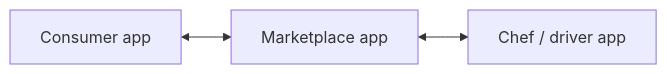
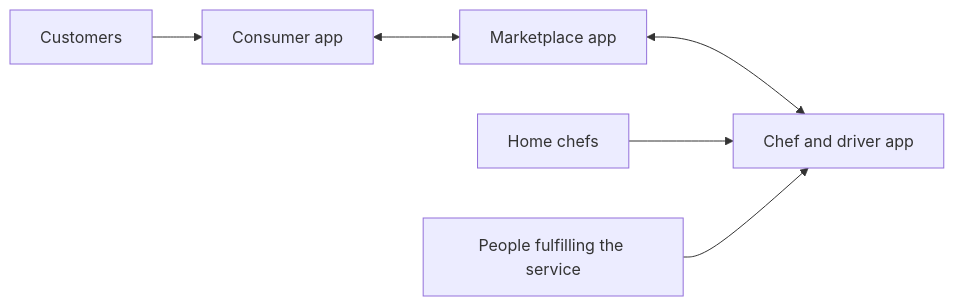
Before and after one commit to Jaiashar/ziffyn: the first of 2 diagrams in README.md, drawn with Mermaid. The commit also changed other lines of this file, not shown here.

Commit message:
Expand project architecture, diagrams, and technical walkthroughs

````diff
--- a/README.md
+++ b/README.md
@@ -17,5 +31,8 @@
 ```mermaid
 flowchart LR
-    A[Consumer app] <--> B[Marketplace app]
-    B <--> C[Chef / driver app]
+    Customer[Customers] --> Consumer[Consumer app]
+    Consumer <--> Marketplace[Marketplace app]
+    Marketplace <--> Provider[Chef and driver app]
+    Chef[Home chefs] --> Provider
+    Fulfillment[People fulfilling the service] --> Provider
 ```
````
